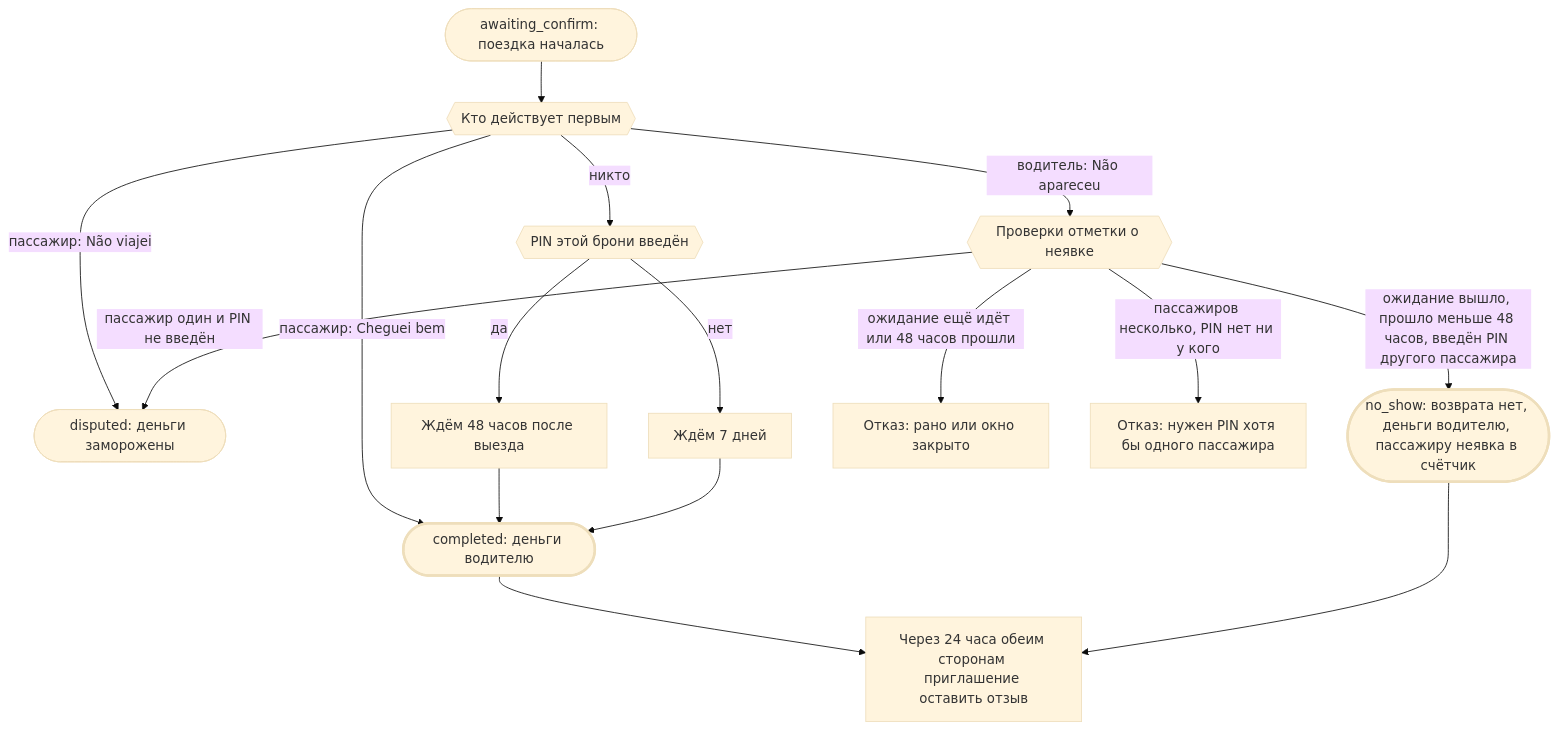
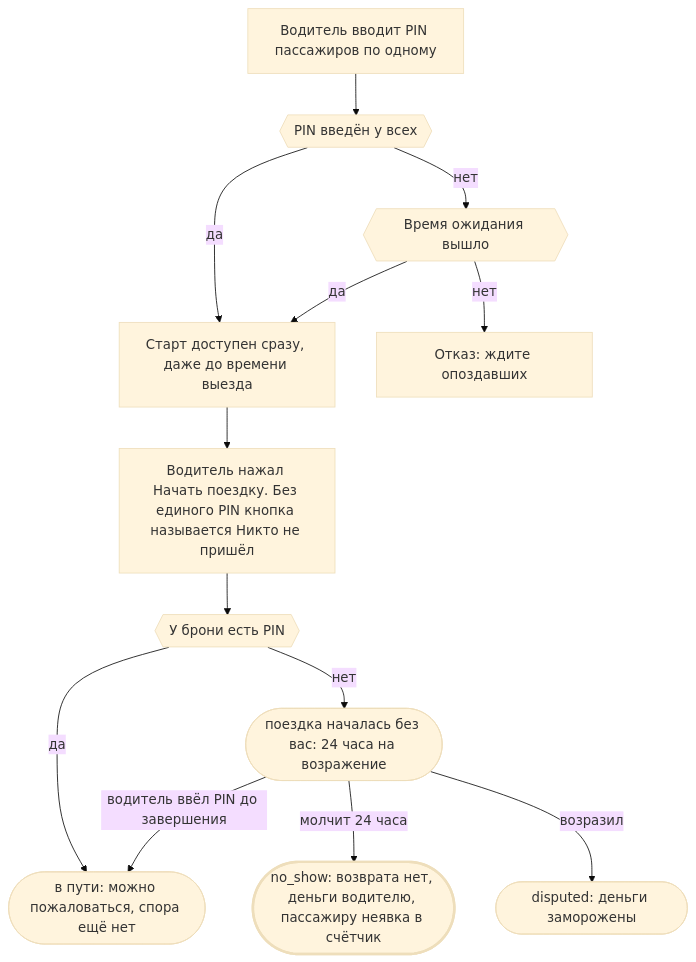
The ninth of 18 diagrams in docs/flows.md (wiopriph/boleia-db), drawn with Mermaid (base theme) before and after one commit. The commit also changed other lines of this file and 18 other files, not shown here.

First line of the commit message:
Trip flow like a taxi: the driver starts and finishes, the passenger rates or disputes (0025)

````diff
--- a/docs/flows.md
+++ b/docs/flows.md
@@ -263,20 +261,17 @@
 ```mermaid
 flowchart TD
-  aw(["awaiting_confirm: поездка началась"]) --> act{{"Кто действует первым"}}
-  act -->|"пассажир: Cheguei bem"| comp(["completed: деньги водителю"])
-  act -->|"пассажир: Não viajei"| disp(["disputed: деньги заморожены"])
-  act -->|"водитель: Não apareceu"| ns{{"Проверки отметки о неявке"}}
-  act -->|"никто"| auto{{"PIN этой брони введён"}}
-  auto -->|"да"| a48["Ждём 48 часов после выезда"]
-  auto -->|"нет"| a7["Ждём 7 дней"]
-  a48 --> comp
-  a7 --> comp
-  ns -->|"ожидание вышло, прошло меньше 48 часов, введён PIN другого пассажира"| nosh(["no_show: возврата нет, деньги водителю, пассажиру неявка в счётчик"])
-  ns -->|"ожидание ещё идёт или 48 часов прошли"| nsErr["Отказ: рано или окно закрыто"]
-  ns -->|"пассажир один и PIN не введён"| disp
-  ns -->|"пассажиров несколько, PIN нет ни у кого"| nsErr2["Отказ: нужен PIN хотя бы одного пассажира"]
-  comp --> rev["Через 24 часа обеим сторонам приглашение оставить отзыв"]
-  nosh --> rev
-  class comp,nosh final
+  pins["Водитель вводит PIN пассажиров по одному"] --> can{{"PIN введён у всех"}}
+  can -->|"да"| now["Старт доступен сразу, даже до времени выезда"]
+  can -->|"нет"| wait{{"Время ожидания вышло"}}
+  wait -->|"нет"| early["Отказ: ждите опоздавших"]
+  wait -->|"да"| now
+  now --> start["Водитель нажал Начать поездку. Без единого PIN кнопка называется Никто не пришёл"]
+  start --> who{{"У брони есть PIN"}}
+  who -->|"да"| trip(["в пути: можно пожаловаться, спора ещё нет"])
+  who -->|"нет"| left(["поездка началась без вас: 24 часа на возражение"])
+  left -->|"водитель ввёл PIN до завершения"| trip
+  left -->|"молчит 24 часа"| nosh(["no_show: возврата нет, деньги водителю, пассажиру неявка в счётчик"])
+  left -->|"возразил"| disp(["disputed: деньги заморожены"])
+  class nosh final
   classDef final stroke-width:3px
 ```
````
